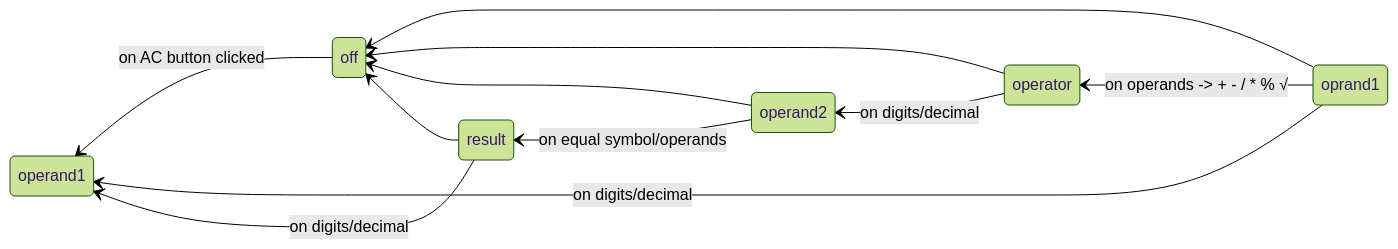
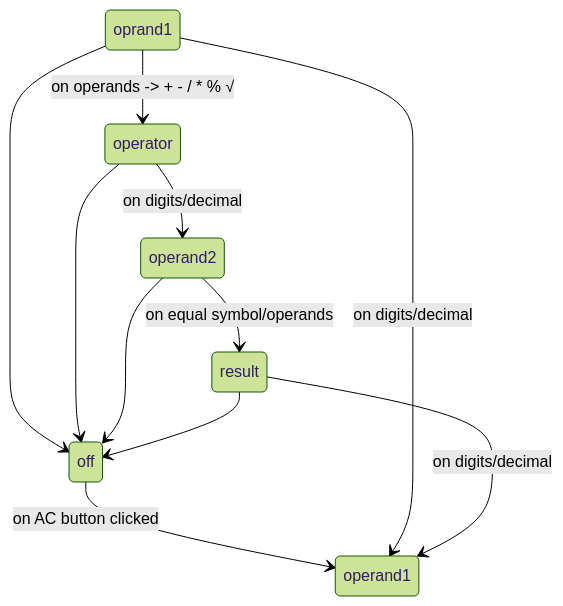
One commit to noushad-pp/react-retro-calculator changed the diagram in README.md. Above: the diagram before and after it, drawn with Mermaid (forest theme).

Commit message:
Improvements

````diff
--- a/README.md
+++ b/README.md
@@ -25,19 +25,17 @@
 ```mermaid
 stateDiagram-v2
-    direction RL
-
     off --> operand1: on AC button clicked
 
     oprand1 --> off
     oprand1 --> operand1: on digits/decimal
     oprand1 --> operator: on operands -> + - / * % √
 
     operator --> off
     operator --> operand2: on digits/decimal
 
     operand2 --> off
     operand2 --> result: on equal symbol/operands
 
     result --> operand1: on digits/decimal
     result --> off
 ```
````
